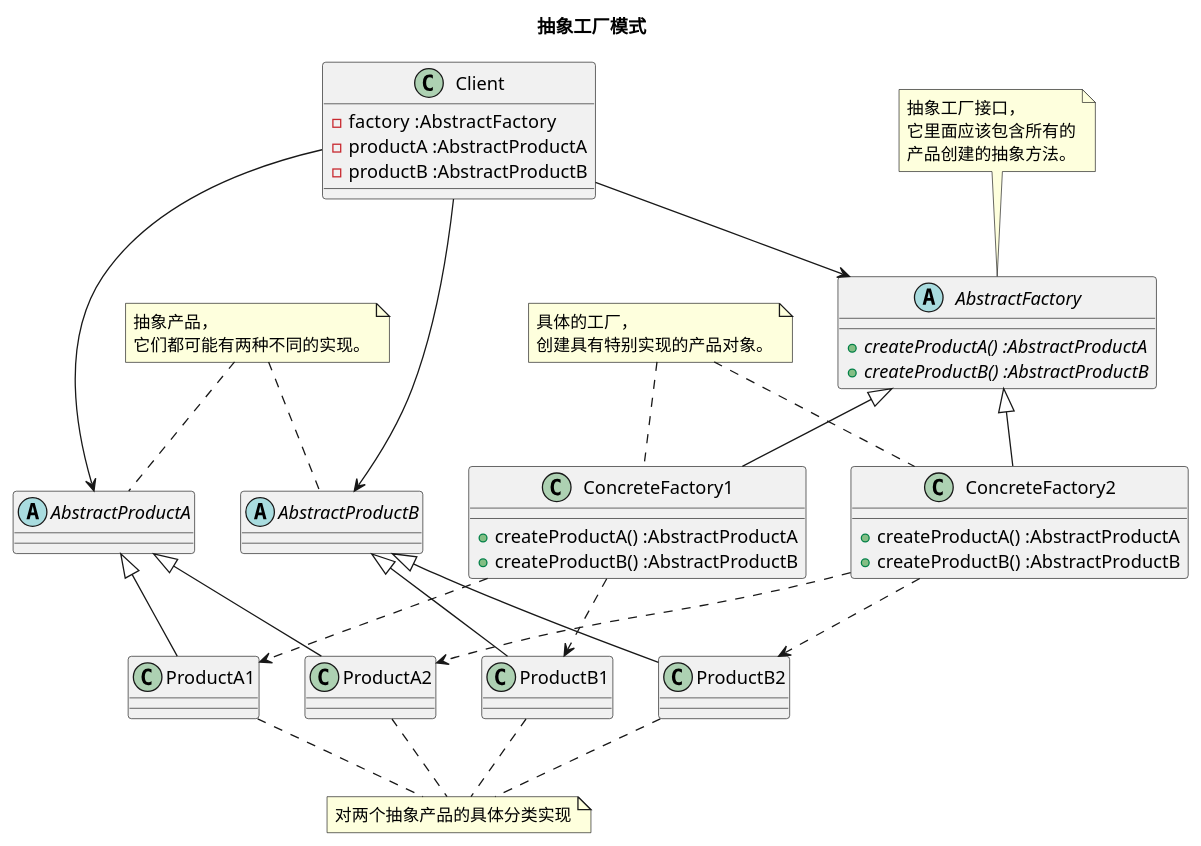
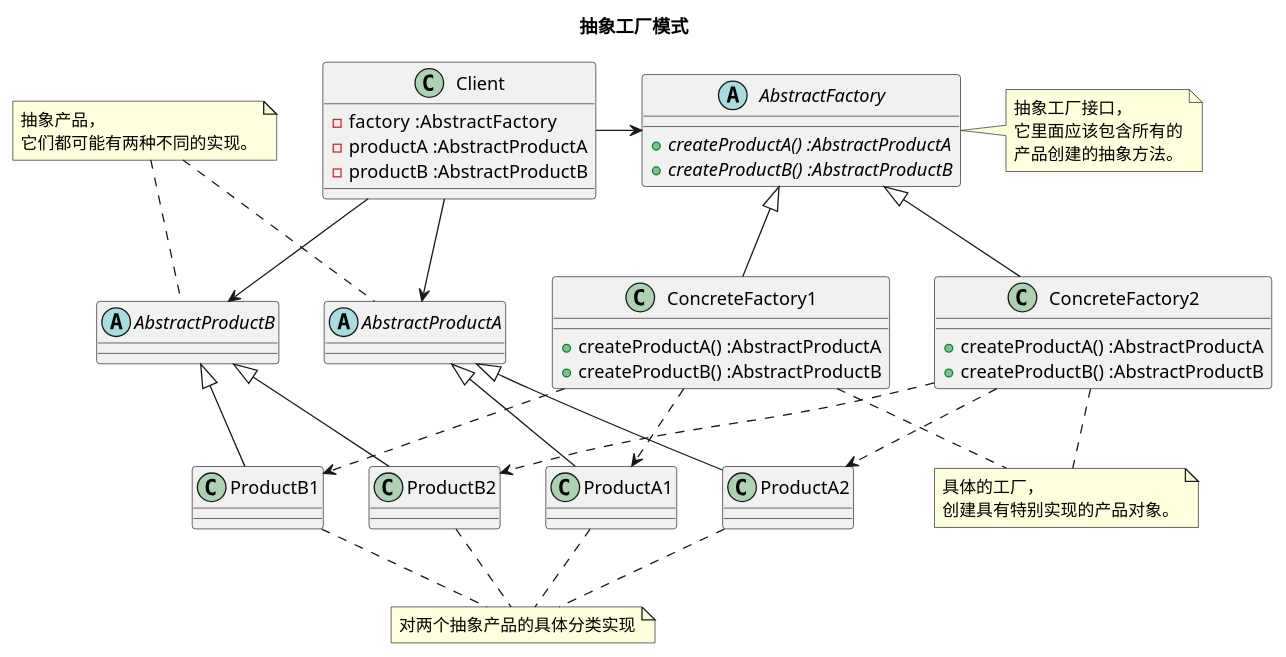
One commit to diguage/deep-in-design-patterns changed the diagram in puml/abstract-factory.puml. Above: the diagram before and after it, drawn with PlantUML. The commit also changed 7 other files, not shown here.

Commit message:
增加类图

```diff
--- a/puml/abstract-factory.puml
+++ b/puml/abstract-factory.puml
@@ -1,79 +1,75 @@
 @startuml
 
 title <b>抽象工厂模式</b>
 
 abstract class AbstractFactory {
   + {abstract} createProductA() :AbstractProductA
   + {abstract} createProductB() :AbstractProductB
 }
-note top: 抽象工厂接口，\n它里面应该包含所有的\n产品创建的抽象方法。
+note right: 抽象工厂接口，\n它里面应该包含所有的\n产品创建的抽象方法。
 
 class ConcreteFactory1 {
   + createProductA() :AbstractProductA
   + createProductB() :AbstractProductB
 }
 
 class ConcreteFactory2 {
   + createProductA() :AbstractProductA
   + createProductB() :AbstractProductB
 }
 
-abstract class AbstractProductA {
-}
+abstract class AbstractProductA
 
-class ProductA1 {
-}
+class ProductA1
 
-class ProductA2 {
-}
+class ProductA2
 
-abstract class AbstractProductB {
-}
+abstract class AbstractProductB
 
-class ProductB1 {
-}
+class ProductB1
 
-class ProductB2 {
-}
+class ProductB2
 
 note "具体的工厂，\n创建具有特别实现的产品对象。" as cfn
-cfn .. ConcreteFactory1
-cfn .. ConcreteFactory2
+'cfn .. ConcreteFactory1
+'cfn .. ConcreteFactory2
+ConcreteFactory1 .. cfn
+ConcreteFactory2 .. cfn
 
 note "抽象产品，\n它们都可能有两种不同的实现。" as apn
 
 apn .. AbstractProductA
 apn .. AbstractProductB
 
 note "对两个抽象产品的具体分类实现" as cpn
 ProductA1 .. cpn
 ProductA2 .. cpn
 ProductB1 .. cpn
 ProductB2 .. cpn
 
 class Client {
   - factory  :AbstractFactory
   - productA :AbstractProductA
   - productB :AbstractProductB
 }
 
 AbstractFactory <|-- ConcreteFactory1
 AbstractFactory <|-- ConcreteFactory2
 
 AbstractProductA <|-- ProductA1
 AbstractProductA <|-- ProductA2
 
 AbstractProductB <|-- ProductB1
 AbstractProductB <|-- ProductB2
 
-Client --> AbstractFactory
+Client -right-> AbstractFactory
 Client --> AbstractProductA
 Client --> AbstractProductB
 
 ConcreteFactory1 ..> ProductA1
 ConcreteFactory1 ..> ProductB1
 
 ConcreteFactory2 ..> ProductA2
 ConcreteFactory2 ..> ProductB2
 
 @enduml
```
